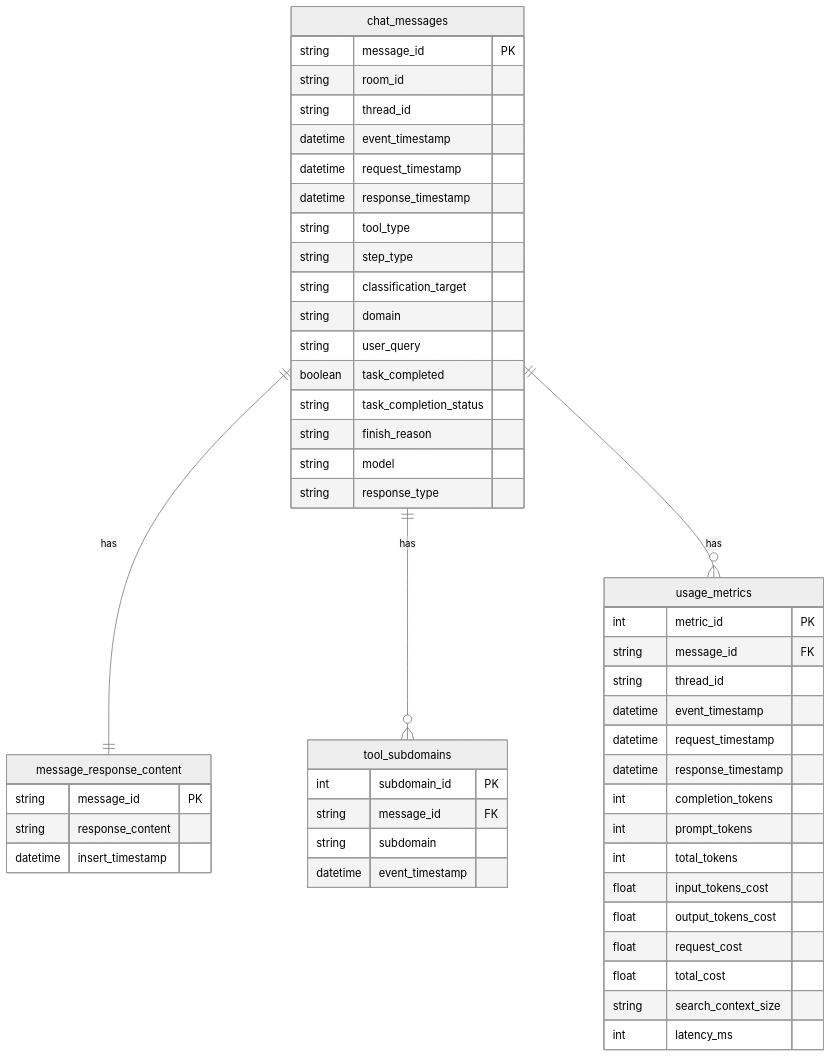
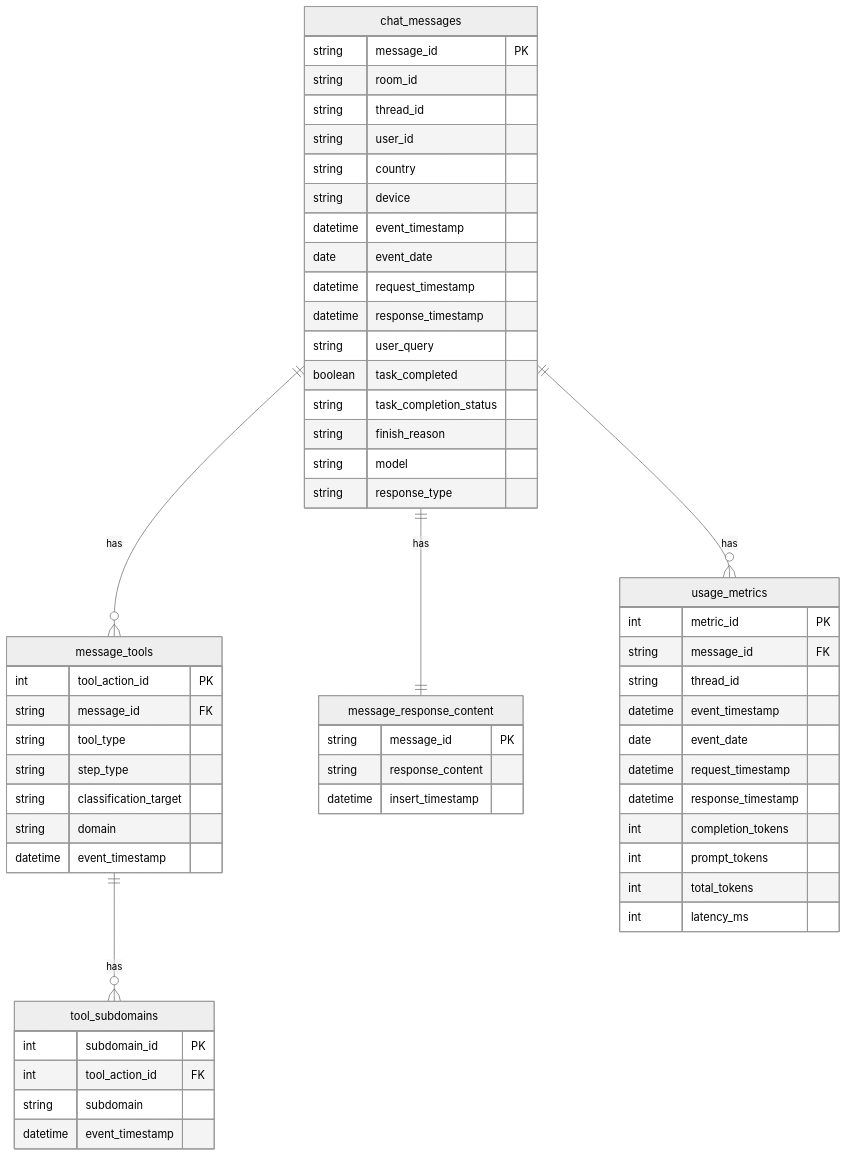
Before and after one commit to np3137/redshift_schema: the diagram in ER_DIAGRAM.md, drawn with Mermaid (neutral theme). The commit also changed other lines of this file, not shown here.

````diff
--- a/ER_DIAGRAM.md
+++ b/ER_DIAGRAM.md
@@ -10,56 +10,63 @@
 ```mermaid
 erDiagram
     chat_messages {
         string message_id PK
         string room_id
         string thread_id
+        string user_id
+        string country
+        string device
         datetime event_timestamp
+        date event_date
         datetime request_timestamp
         datetime response_timestamp
-        string tool_type
-        string step_type
-        string classification_target
-        string domain
         string user_query
         boolean task_completed
         string task_completion_status
         string finish_reason
         string model
         string response_type
     }
     
+    message_tools {
+        int tool_action_id PK
+        string message_id FK
+        string tool_type
+        string step_type
+        string classification_target
+        string domain
+        datetime event_timestamp
+    }
+    
+    tool_subdomains {
+        int subdomain_id PK
+        int tool_action_id FK
+        string subdomain
+        datetime event_timestamp
+    }
+    
     message_response_content {
         string message_id PK
         string response_content
         datetime insert_timestamp
-    }
-    
-    tool_subdomains {
-        int subdomain_id PK
-        string message_id FK
-        string subdomain
-        datetime event_timestamp
     }
     
     usage_metrics {
         int metric_id PK
         string message_id FK
         string thread_id
         datetime event_timestamp
+        date event_date
         datetime request_timestamp
         datetime response_timestamp
         int completion_tokens
         int prompt_tokens
         int total_tokens
-        float input_tokens_cost
-        float output_tokens_cost
-        float request_cost
-        float total_cost
-        string search_context_size
         int latency_ms
     }
     
-    chat_messages ||--|| message_response_content : has
-    chat_messages ||--o{ tool_subdomains : has
-    chat_messages ||--o{ usage_metrics : has
+    chat_messages ||--o{ message_tools : "has"
+    chat_messages ||--|| message_response_content : "has"
+    message_tools ||--o{ tool_subdomains : "has"
+    chat_messages ||--o{ usage_metrics : "has"
 ```
````
